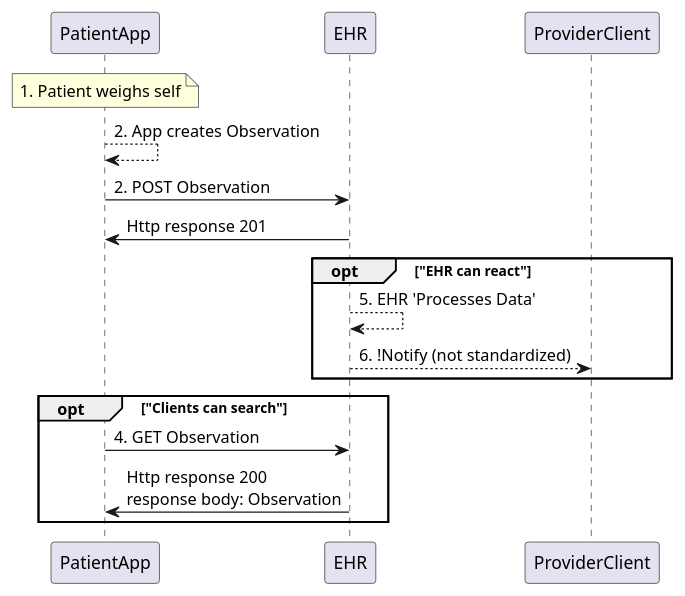
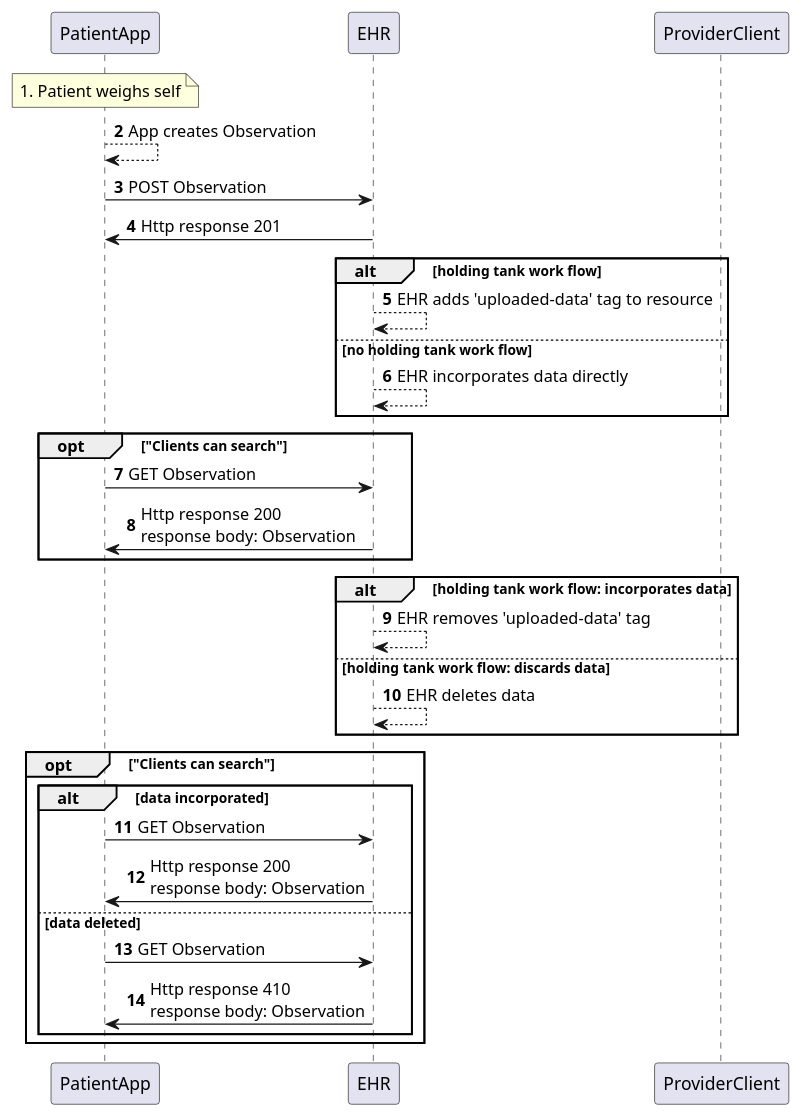
The diagram in notes/Use Case 1.md (argonautproject/argo-write), drawn with PlantUML before and after one commit. The commit also changed other lines of this file, not shown here.

````diff
--- a/notes/Use Case 1.md
+++ b/notes/Use Case 1.md
@@ -32,21 +32,39 @@
 ```plantuml
 @startuml
+autonumber 2
  
 Participant PatientApp 
 Participant EHR
 Participant ProviderClient 
     Note over PatientApp: 1. Patient weighs self
-    PatientApp-->PatientApp: 2. App creates Observation
-    PatientApp->EHR: 2. POST Observation
+    PatientApp-->PatientApp: App creates Observation
+    PatientApp->EHR: POST Observation
     EHR->PatientApp: Http response 201
 
-    Opt "EHR can react"
-        EHR-->EHR:5. EHR 'Processes Data'
-        EHR-->ProviderClient:6. !Notify (not standardized)
+    alt holding tank work flow
+        EHR-->EHR: EHR adds 'uploaded-data' tag to resource
+    else no holding tank work flow
+        EHR-->EHR: EHR incorporates data directly
+    end
+
+    Opt "Clients can search"
+        PatientApp -> EHR: GET Observation
+        EHR->PatientApp: Http response 200\nresponse body: Observation
     End
+    alt holding tank work flow: incorporates data
+       EHR-->EHR: EHR removes 'uploaded-data' tag
+    else holding tank work flow: discards data
+        EHR-->EHR: EHR deletes data
+    end
+        
     Opt "Clients can search"
-        PatientApp -> EHR: 4. GET Observation
-        EHR->PatientApp: Http response 200\nresponse body: Observation
-    End   
+    alt data incorporated
+    PatientApp -> EHR: GET Observation
+    EHR->PatientApp: Http response 200\nresponse body: Observation
+    else data deleted
+    PatientApp -> EHR: GET Observation
+    EHR->PatientApp: Http response 410\nresponse body: Observation
+    end
+    End
 @enduml
 ```
````
